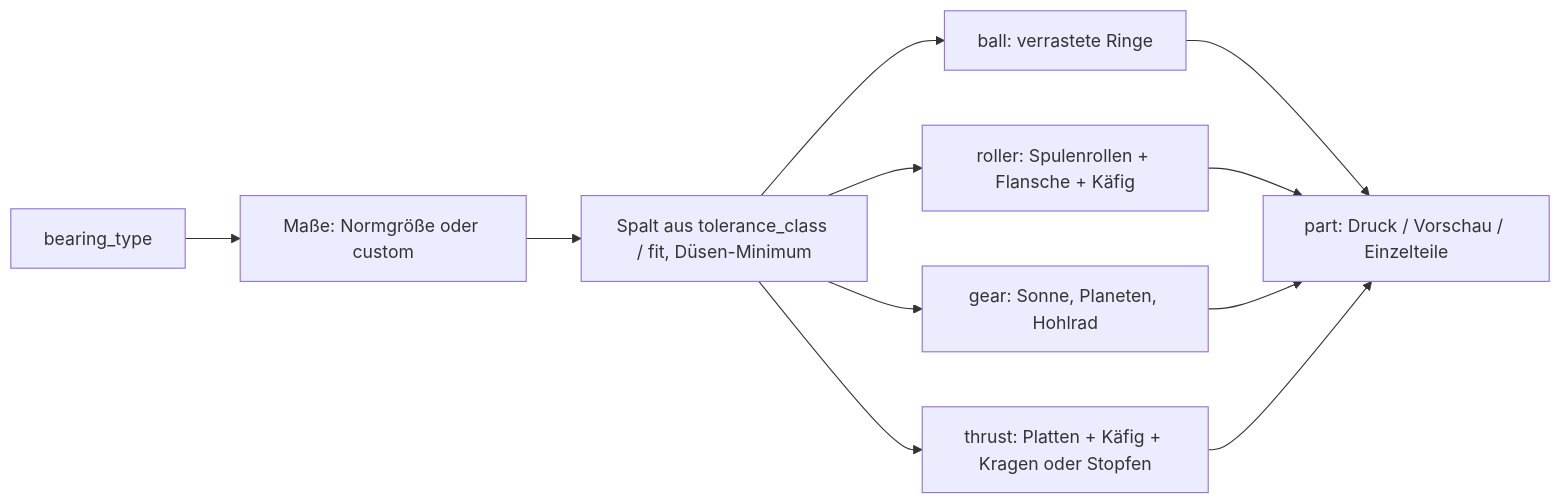
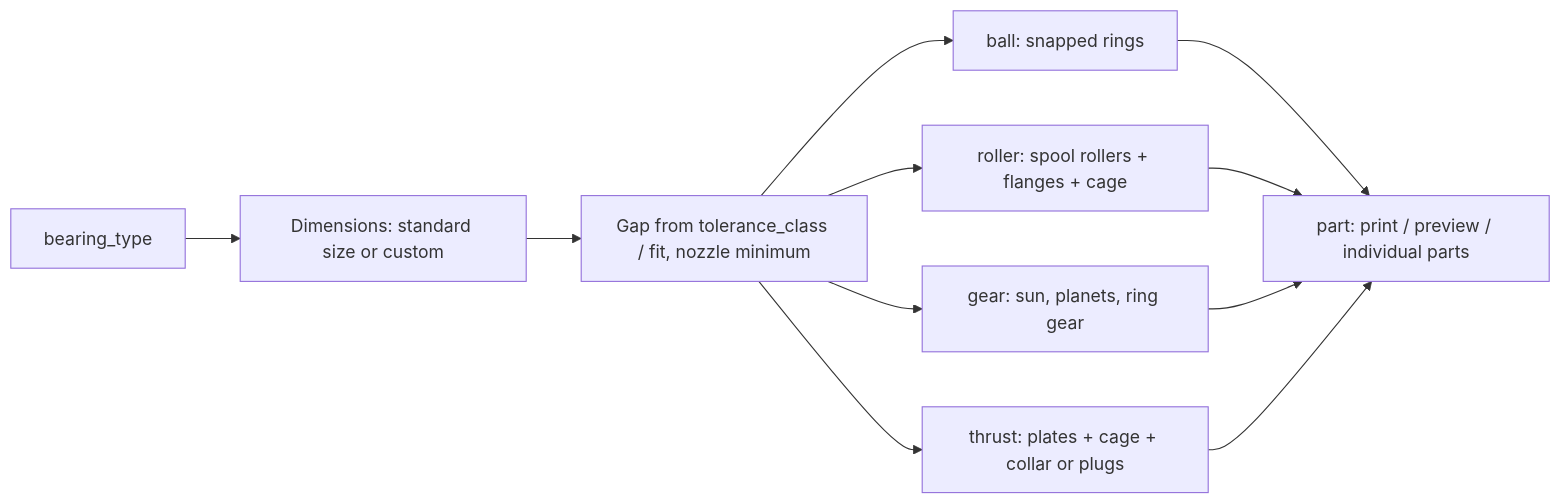
One commit to BetaHydri/parametric-cad-models changed the diagram in models/parametric-bearing-generator/README.md. Above: the diagram before and after it, drawn with Mermaid. The commit also changed other lines of this file and 57 other files, not shown here.

````diff
--- a/models/parametric-bearing-generator/README.md
+++ b/models/parametric-bearing-generator/README.md
@@ -275,13 +272,13 @@
 ```mermaid
 flowchart LR
-    T[bearing_type] --> D[Maße: Normgröße oder custom]
-    D --> C[Spalt aus tolerance_class / fit, Düsen-Minimum]
-    C --> B[ball: verrastete Ringe]
-    C --> R[roller: Spulenrollen + Flansche + Käfig]
-    C --> G[gear: Sonne, Planeten, Hohlrad]
-    C --> K[thrust: Platten + Käfig + Kragen oder Stopfen]
-    B --> P[part: Druck / Vorschau / Einzelteile]
+    T[bearing_type] --> D[Dimensions: standard size or custom]
+    D --> C[Gap from tolerance_class / fit, nozzle minimum]
+    C --> B[ball: snapped rings]
+    C --> R[roller: spool rollers + flanges + cage]
+    C --> G[gear: sun, planets, ring gear]
+    C --> K[thrust: plates + cage + collar or plugs]
+    B --> P[part: print / preview / individual parts]
     R --> P
     G --> P
     K --> P
 ```
````
